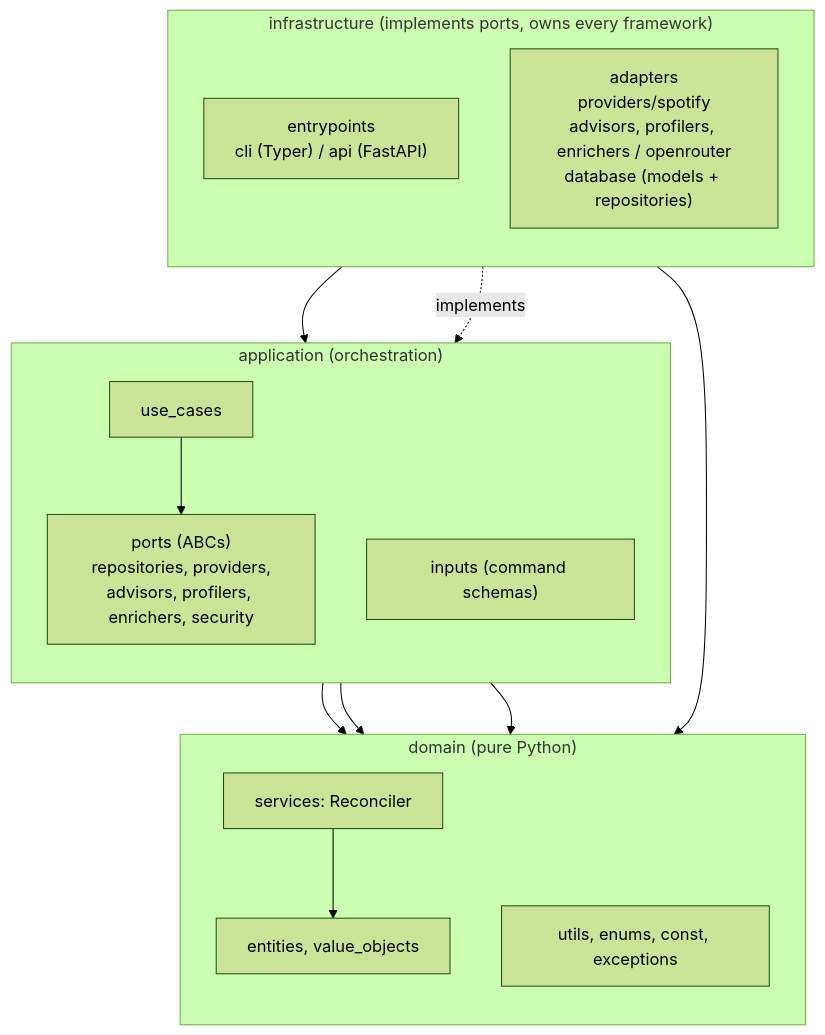
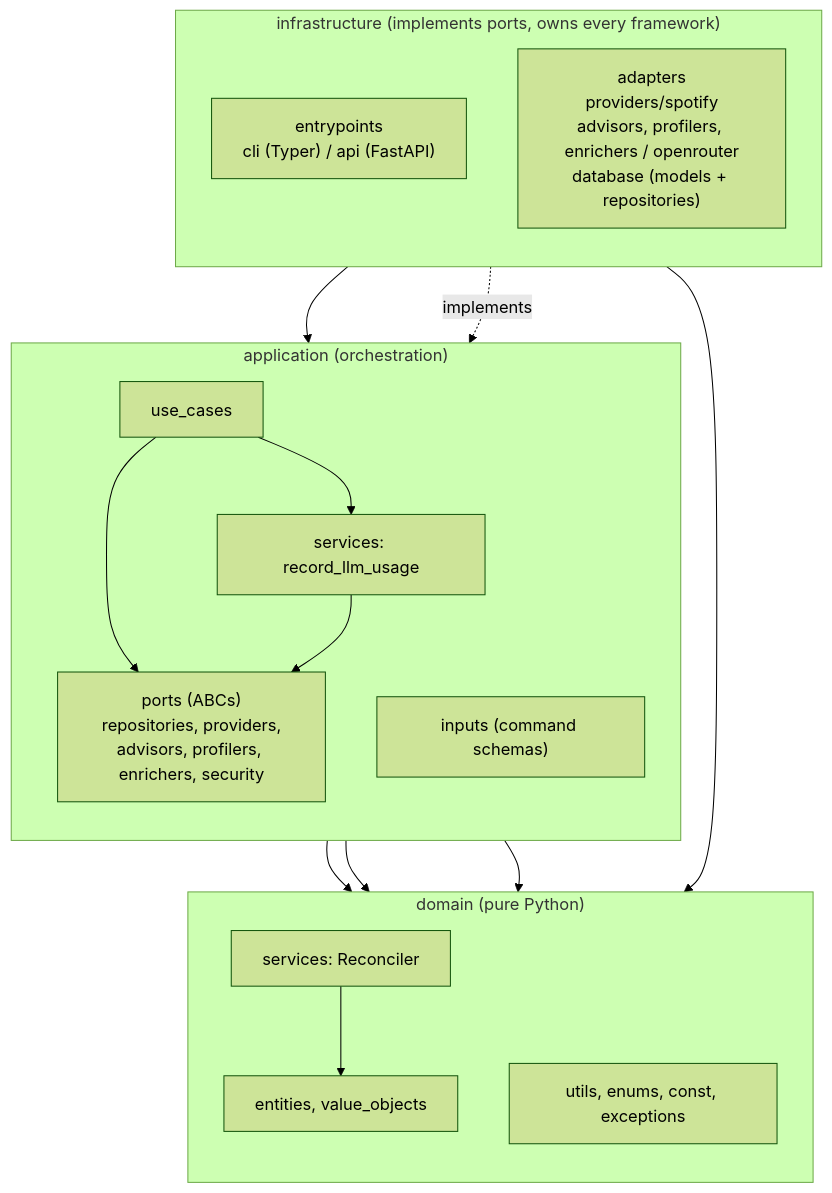
One commit to ychab/museflow changed the first of 2 diagrams in docs/technical/architecture.md. Above: the diagram before and after it, drawn with Mermaid (forest theme). The commit also changed other lines of this file and 11 other files, not shown here.

First line of the commit message:
refactor(llm): make record_llm_usage an application service

````diff
--- a/docs/technical/architecture.md
+++ b/docs/technical/architecture.md
@@ -7,28 +7,31 @@
 ```mermaid
 flowchart TB
     subgraph INFRA["infrastructure (implements ports, owns every framework)"]
         direction TB
         EP["entrypoints<br/>cli (Typer) / api (FastAPI)"]
         AD["adapters<br/>providers/spotify<br/>advisors, profilers, enrichers / openrouter<br/>database (models + repositories)"]
     end
     subgraph APP["application (orchestration)"]
         direction TB
         UC["use_cases"]
+        ASVC["services: record_llm_usage"]
         PORTS["ports (ABCs)<br/>repositories, providers,<br/>advisors, profilers, enrichers, security"]
         INP["inputs (command schemas)"]
     end
     subgraph DOM["domain (pure Python)"]
         direction TB
         ENT["entities, value_objects"]
         SVC["services: Reconciler"]
         UTL["utils, enums, const, exceptions"]
     end
     EP --> UC
     UC --> PORTS
+    UC --> ASVC
+    ASVC --> PORTS
     UC --> ENT
     UC --> SVC
     AD -.implements.-> PORTS
     AD --> ENT
     PORTS --> ENT
     SVC --> ENT
 ```
````
